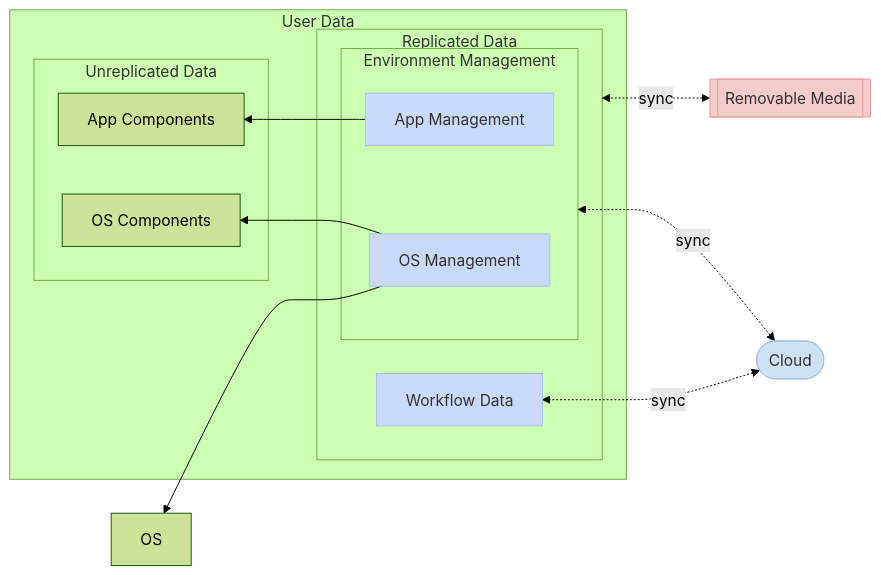
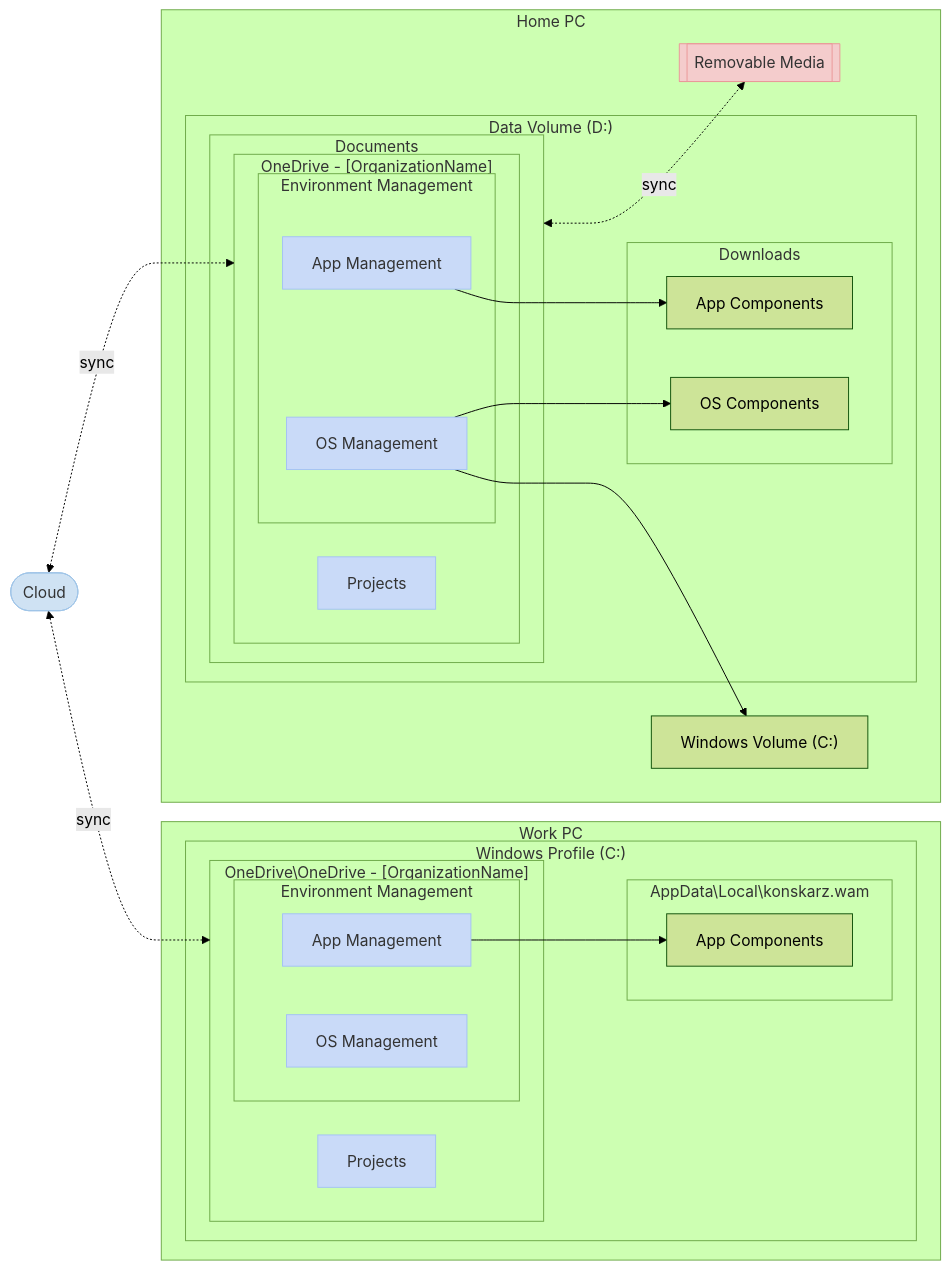
One commit to konskarz/wam changed the fourth of 4 diagrams in pcm.md. Above: the diagram before and after it, drawn with Mermaid (forest theme). The commit also changed other lines of this file, not shown here.

Commit message:
docs(pcm): replace environment management diagram

````diff
--- a/pcm.md
+++ b/pcm.md
@@ -147,35 +147,56 @@
 ```mermaid
-graph RL
-  subgraph data[User Data]
-    subgraph depot[Unreplicated Data]
-      apps[App Components]
-      sys[OS Components]
+graph LR
+  subgraph home[Home PC]
+    subgraph HD["Data Volume (D:)"]
+      subgraph depot[Downloads]
+        apps[App Components]
+        sys[OS Components]
+      end
+      subgraph docs[Documents]
+        subgraph HO["OneDrive - [OrganizationName]"]
+          wf[Projects]
+          subgraph env[Environment Management]
+            wam[App Management]
+            wpt[OS Management]
+          end
+        end
+      end
     end
-    subgraph docs[Replicated Data]
-      subgraph env[Environment Management]
-        wam[App Management]
-        wpt[OS Management]
+    os["Windows Volume (C:)"]
+    removable[[Removable Media]]
+  end
+  subgraph work[Work PC]
+    subgraph WC["Windows Profile (C:)"]
+      subgraph wdepot[AppData\Local\konskarz.wam]
+        wapps[App Components]
       end
-      wf[Workflow Data]
+      subgraph WO["OneDrive\OneDrive - [OrganizationName]"]
+        wwf[Projects]
+        subgraph wenv[Environment Management]
+          wwam[App Management]
+          wwpt[OS Management]
+        end
+      end
     end
   end
-  os[OS]
   cloud([Cloud])
-  removable[[Removable Media]]
 
-  removable <-.->|sync| docs
-  cloud <-.->|sync| env & wf
+  docs <-.->|sync| removable
+  cloud  <-.->|sync| WO & HO
   wam --> apps
-  wpt --> sys & os
+  wpt --> os & sys
+  wwam --> wapps
 
   classDef current fill:#c9daf8,stroke:#a4c2f4,color:#333;
   classDef service fill:#cfe2f3,stroke:#9fc5e8,color:#333;
   classDef device fill:#f4cccc,stroke:#ea9999,color:#333;
 
-  class wam,wpt,wf current
+  class wam,wpt,wf,wwam,wwpt,wwf current
   class cloud service
   class removable device
 
   click wam "https://github.com/konskarz/wam"
   click wpt "https://github.com/konskarz/wpt"
+  click wwam "https://github.com/konskarz/wam"
+  click wwpt "https://github.com/konskarz/wpt"
 ```
````
